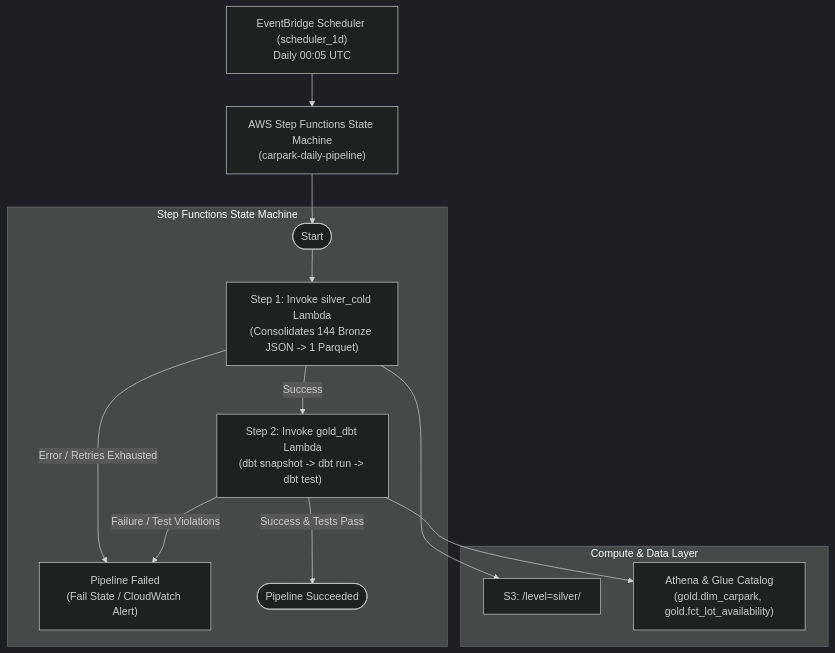
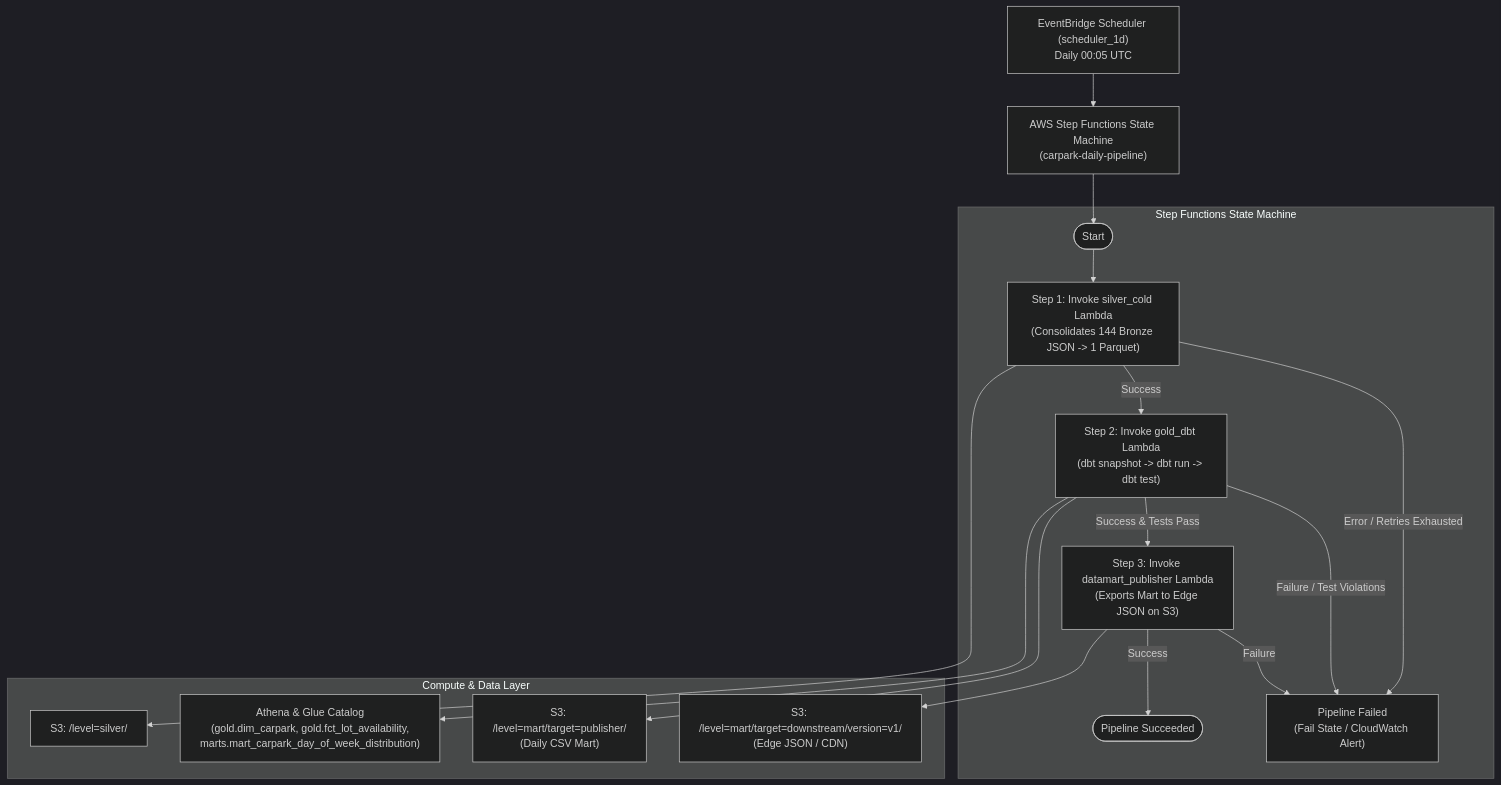
Before and after one commit to ShengHaozz/Carpark-Availabilities-Data: the diagram in packages/gold/README.md, drawn with Mermaid (dark theme). The commit also changed other lines of this file and 10 other files, not shown here.

Commit message:
docs: update system architecture and package documentation for datamart layer

````diff
--- a/packages/gold/README.md
+++ b/packages/gold/README.md
@@ -9,20 +9,24 @@
 ```mermaid
 flowchart TD
     Schedule["EventBridge Scheduler (scheduler_1d)\nDaily 00:05 UTC"] --> SFN["AWS Step Functions State Machine\n(carpark-daily-pipeline)"]
     
     subgraph Step Functions State Machine
         StartNode([Start]) --> TaskSilver["Step 1: Invoke silver_cold Lambda\n(Consolidates 144 Bronze JSON -> 1 Parquet)"]
         TaskSilver -->|Success| TaskGold["Step 2: Invoke gold_dbt Lambda\n(dbt snapshot -> dbt run -> dbt test)"]
+        TaskGold -->|Success & Tests Pass| TaskDatamart["Step 3: Invoke datamart_publisher Lambda\n(Exports Mart to Edge JSON on S3)"]
+        TaskDatamart -->|Success| SuccessNode([Pipeline Succeeded])
+        
         TaskSilver -->|Error / Retries Exhausted| FailNode["Pipeline Failed\n(Fail State / CloudWatch Alert)"]
-        
-        TaskGold -->|Success & Tests Pass| SuccessNode([Pipeline Succeeded])
         TaskGold -->|Failure / Test Violations| FailNode
+        TaskDatamart -->|Failure| FailNode
     end
     
     subgraph Compute & Data Layer
         TaskSilver --> S3Silver["S3: /level=silver/"]
-        TaskGold --> AthenaIceberg["Athena & Glue Catalog\n(gold.dim_carpark, gold.fct_lot_availability)"]
+        TaskGold --> AthenaIceberg["Athena & Glue Catalog\n(gold.dim_carpark, gold.fct_lot_availability,\nmarts.mart_carpark_day_of_week_distribution)"]
+        TaskGold --> S3MartCSV["S3: /level=mart/target=publisher/\n(Daily CSV Mart)"]
+        TaskDatamart --> S3Datamart["S3: /level=mart/target=downstream/version=v1/\n(Edge JSON / CDN)"]
     end
     
     SFN --> StartNode
 ```
````
